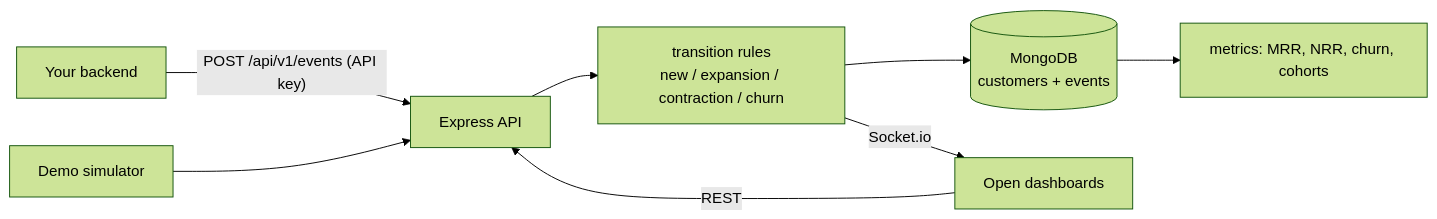
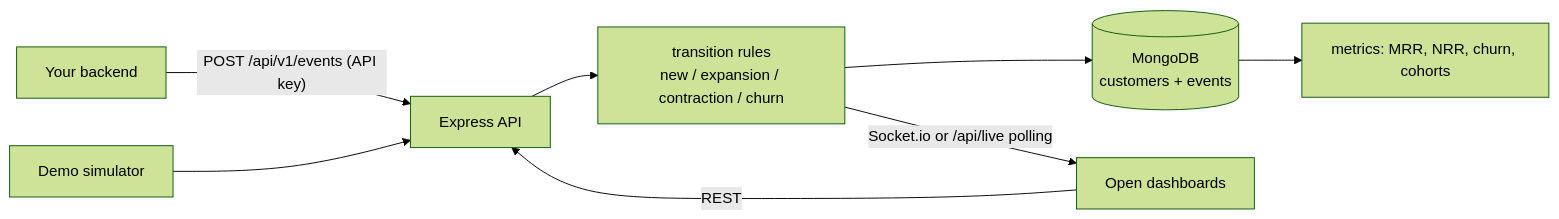
One commit to saqibnisar6810/pulseboard changed the diagram in README.md. Above: the diagram before and after it, drawn with Mermaid (forest theme). The commit also changed other lines of this file and 16 other files, not shown here.

Commit message:
Run the API on Vercel: polling live feed, Socket.io for long-running hosts

````diff
--- a/README.md
+++ b/README.md
@@ -29,10 +29,10 @@
 ```mermaid
 flowchart LR
   A[Your backend] -- "POST /api/v1/events (API key)" --> B[Express API]
   S[Demo simulator] --> B
   B --> R[transition rules<br/>new / expansion / contraction / churn]
   R --> M[(MongoDB<br/>customers + events)]
-  R -- Socket.io --> D[Open dashboards]
+  R -- "Socket.io or /api/live polling" --> D[Open dashboards]
   D -- REST --> B
   M --> K[metrics: MRR, NRR, churn, cohorts]
 ```
````
